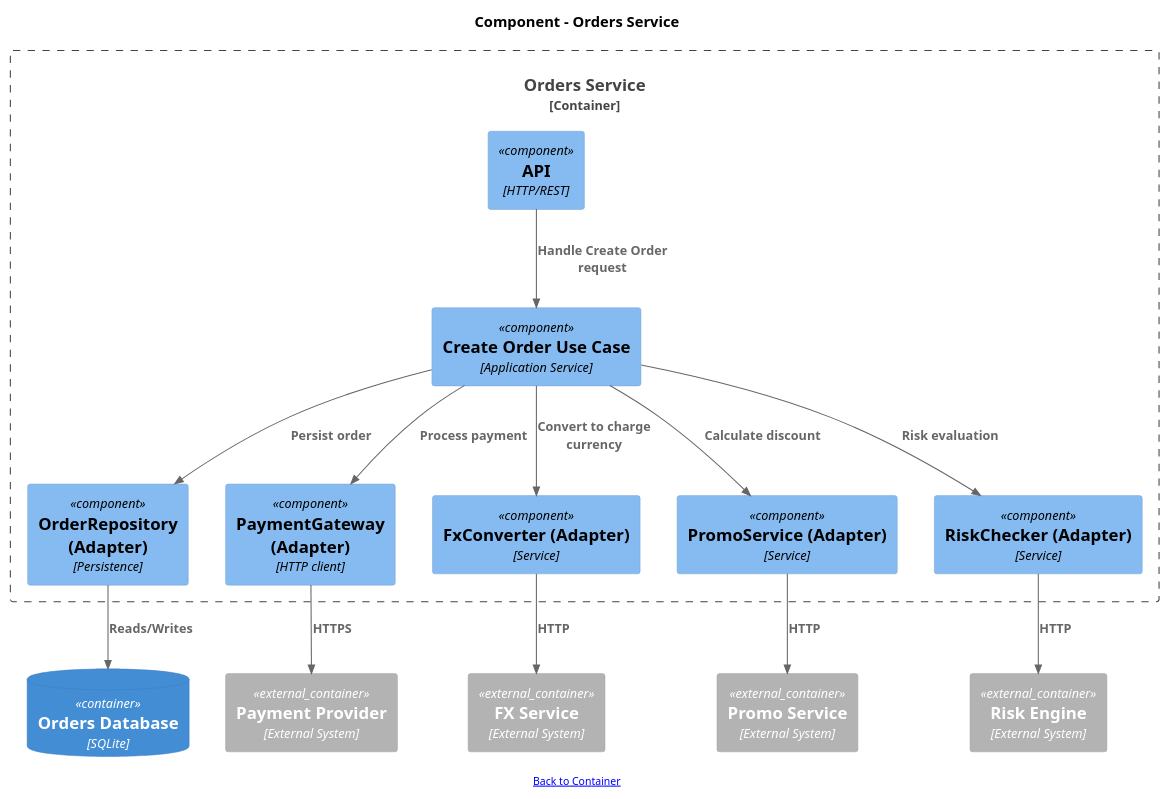
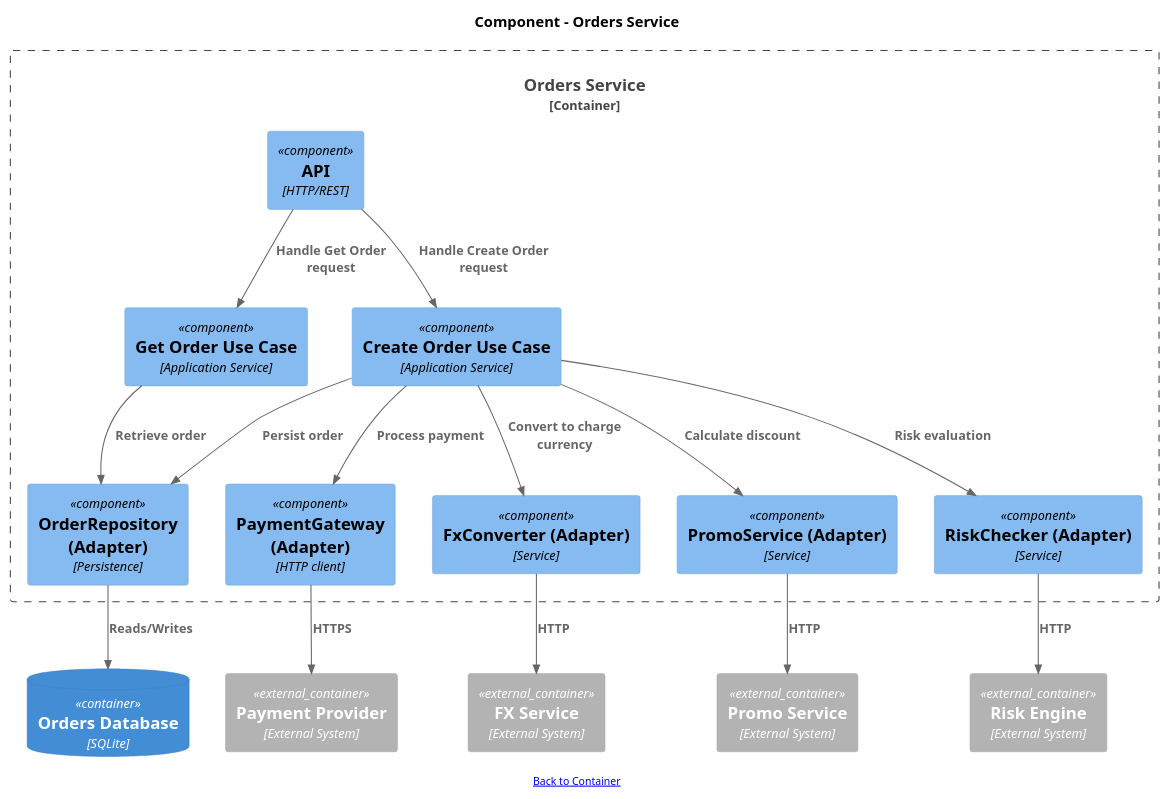
One commit to mundiir/meetup-2025-orders-service changed the diagram in docs/c4-component.puml. Above: the diagram before and after it, drawn with PlantUML. The commit also changed 5 other files, not shown here.

Commit message:
Update script to add all UseCases to c4-component diagram

```diff
--- a/docs/c4-component.puml
+++ b/docs/c4-component.puml
@@ -1,41 +1,44 @@
 @startuml
 !includeurl https://raw.githubusercontent.com/plantuml-stdlib/C4-PlantUML/master/C4_Context.puml
 !includeurl https://raw.githubusercontent.com/plantuml-stdlib/C4-PlantUML/master/C4_Component.puml
 
 LAYOUT_TOP_DOWN()
 
 title Component - Orders Service
 
 Container_Boundary(orders_cmp, "Orders Service") {
   Component(orders_api, "API", "HTTP/REST")
+  Component(orders_uc1, "Get Order Use Case", "Application Service", $link="sequence-get-order.svg")
   Component(orders_app, "Create Order Use Case", "Application Service", $link="sequence-create-order.svg")
   Component(orders_repo, "OrderRepository (Adapter)", "Persistence", $link="https://github.com/mundiir/meetup-2025-orders-service/tree/main/src/Infrastructure/Persistence")
   Component(orders_pay, "PaymentGateway (Adapter)", "HTTP client", $link="https://github.com/mundiir/meetup-2025-orders-service/tree/main/src/Infrastructure/Http")
   Component(orders_fx, "FxConverter (Adapter)", "Service", $link="https://github.com/mundiir/meetup-2025-orders-service/tree/main/src/Infrastructure/Service")
   Component(orders_promo, "PromoService (Adapter)", "Service", $link="https://github.com/mundiir/meetup-2025-orders-service/tree/main/src/Infrastructure/Service")
   Component(orders_risk, "RiskChecker (Adapter)", "Service", $link="https://github.com/mundiir/meetup-2025-orders-service/tree/main/src/Infrastructure/Service")
 }
 
 ' External dependencies around the container (Containers)
 ContainerDb(orders_db, "Orders Database", "SQLite", $link="er.svg")
 Container_Ext(payment_sys, "Payment Provider", "External System")
 Container_Ext(promo_sys, "Promo Service", "External System")
 Container_Ext(fx_sys, "FX Service", "External System")
 Container_Ext(risk_sys, "Risk Engine", "External System")
 
 Rel(orders_api, orders_app, "Handle Create Order request")
+Rel(orders_api, orders_uc1, "Handle Get Order request")
 Rel(orders_app, orders_promo, "Calculate discount")
 Rel(orders_app, orders_fx, "Convert to charge currency")
 Rel(orders_app, orders_risk, "Risk evaluation")
 Rel(orders_app, orders_pay, "Process payment")
 Rel(orders_app, orders_repo, "Persist order")
+Rel(orders_uc1, orders_repo, "Retrieve order")
 
 ' Adapters talk to external containers
 Rel(orders_repo, orders_db, "Reads/Writes")
 Rel(orders_pay, payment_sys, "HTTPS")
 Rel(orders_promo, promo_sys, "HTTP")
 Rel(orders_fx, fx_sys, "HTTP")
 Rel(orders_risk, risk_sys, "HTTP")
 
 footer [[https://mundiir.github.io/meetup-2025-landscape/c4-containers.svg Back to Container]]
 @enduml
```
